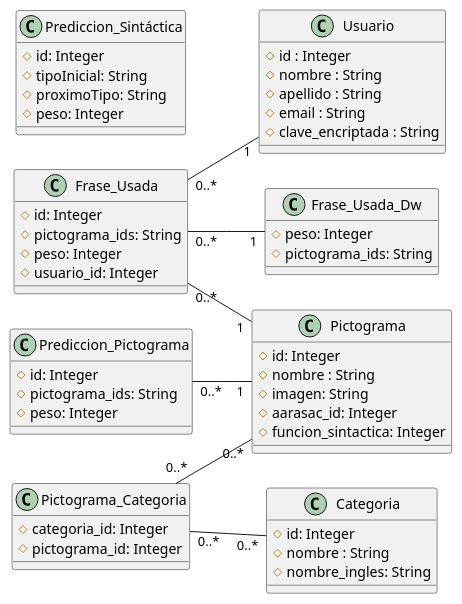
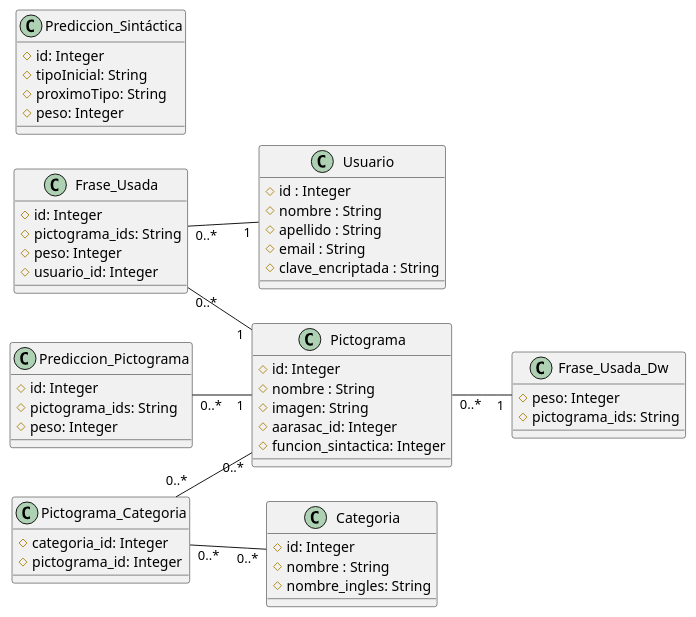
Before and after one commit to Bashie/predictivo: the diagram in src/main/resources/DER.puml, drawn with PlantUML. The commit also changed 8 other files, not shown here.

```diff
--- a/src/main/resources/DER.puml
+++ b/src/main/resources/DER.puml
@@ -1,62 +1,62 @@
 @startuml "Diagrama de clase"
 left to right direction
 
 Class Usuario {
     #id : Integer
     #nombre : String
     #apellido : String
     #email : String
     #clave_encriptada : String
 }
 
 Class Pictograma {
     #id: Integer
     #nombre : String
     #imagen: String
     #aarasac_id: Integer
     #funcion_sintactica: Integer
 }
 
 Class Categoria {
     #id: Integer
     #nombre : String
     #nombre_ingles: String
 }
 
 Class Pictograma_Categoria {
     #categoria_id: Integer
     #pictograma_id: Integer
 }
 
 Class Prediccion_Pictograma {
 	#id: Integer
 	#pictograma_ids: String
 	#peso: Integer
 }
 
 Class Prediccion_Sintáctica {
 	#id: Integer
 	#tipoInicial: String
 	#proximoTipo: String
 	#peso: Integer
 }
 
 Class Frase_Usada {
 	#id: Integer
 	#pictograma_ids: String
 	#peso: Integer
 	#usuario_id: Integer
 }
 
 Class Frase_Usada_Dw {
 	#peso: Integer
 	#pictograma_ids: String
 }
 
 Frase_Usada "0..*" -- "1" Usuario
 Pictograma_Categoria "0..*" -- "0..*" Categoria
 Pictograma_Categoria "0..*" -- "0..*" Pictograma
 Prediccion_Pictograma "0..*" -- "1" Pictograma
 Frase_Usada "0..*" -- "1" Pictograma
-Frase_Usada "0..*" -- "1" Frase_Usada_Dw 
+Pictograma "0..*" -- "1" Frase_Usada_Dw 
 @enduml
```
